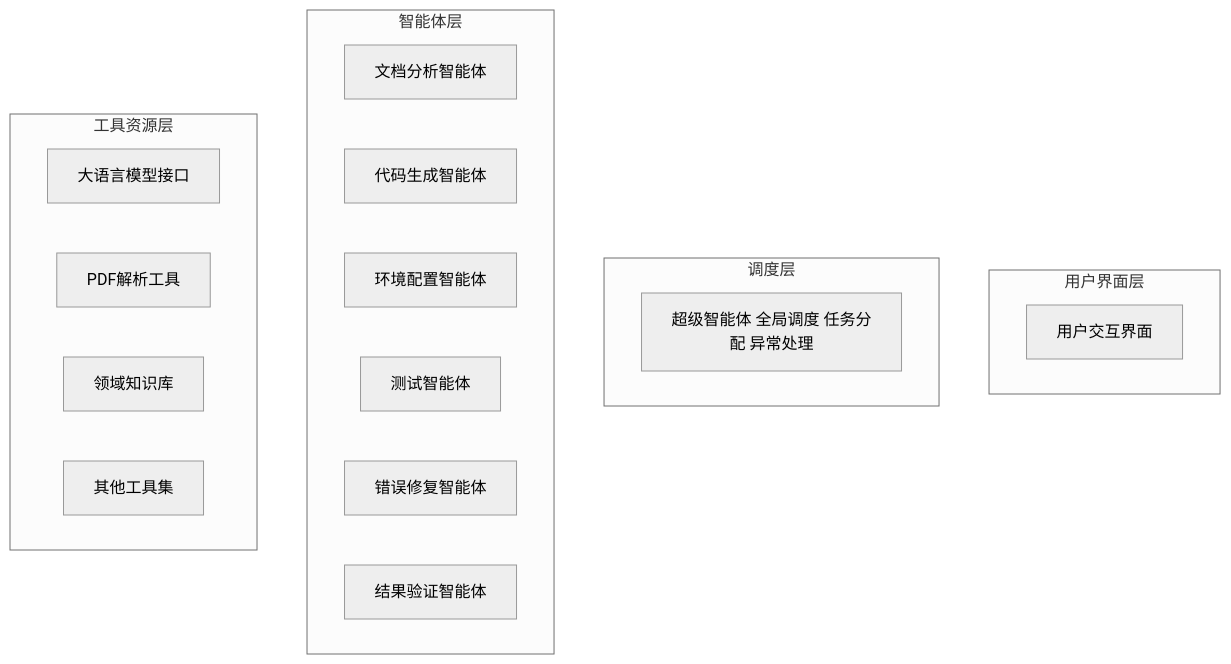
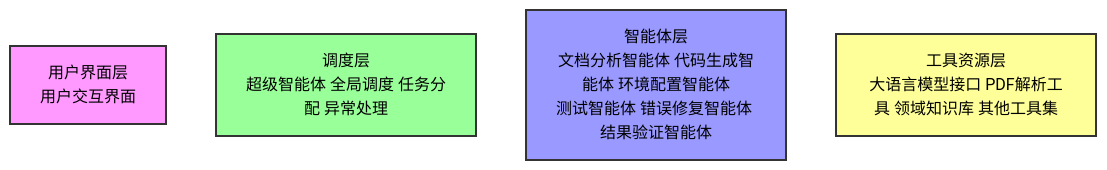
One commit to hongshixian/MultiAgentPaperCoder changed the second of 5 diagrams in 项目设计Document毕业论文参考.md. Above: the diagram before and after it, drawn with Mermaid (neutral theme).

Commit message:
fix: adjust architecture diagram to guaranteed vertical layout
- Remove subgraphs entirely to avoid layout misinterpretation
- Use explicit graph TD (top-down) layout with simple node structure
- Each layer is a single node clearly showing hierarchy
- Vertical arrangement is now enforced and will not render horizontally

````diff
--- a/项目设计Document毕业论文参考.md
+++ b/项目设计Document毕业论文参考.md
@@ -121,26 +121,12 @@
 ```mermaid
-flowchart TD
-    subgraph 用户界面层
-        UI[用户交互界面]
-    end
+graph TD
+    A[用户界面层<br/>用户交互界面]
+    B[调度层<br/>超级智能体 全局调度 任务分配 异常处理]
+    C[智能体层<br/>文档分析智能体 代码生成智能体 环境配置智能体<br/>测试智能体 错误修复智能体 结果验证智能体]
+    D[工具资源层<br/>大语言模型接口 PDF解析工具 领域知识库 其他工具集]
     
-    subgraph 调度层
-        SA[超级智能体 全局调度 任务分配 异常处理]
-    end
-    
-    subgraph 智能体层
-        DA[文档分析智能体]
-        CG[代码生成智能体]
-        EC[环境配置智能体]
-        CT[测试智能体]
-        BF[错误修复智能体]
-        RV[结果验证智能体]
-    end
-    
-    subgraph 工具资源层
-        LLM[大语言模型接口]
-        PDF[PDF解析工具]
-        KB[领域知识库]
-        TOOLS[其他工具集]
-    end
+    style A fill:#f9f,stroke:#333,stroke-width:2px
+    style B fill:#9f9,stroke:#333,stroke-width:2px
+    style C fill:#99f,stroke:#333,stroke-width:2px
+    style D fill:#ff9,stroke:#333,stroke-width:2px
 ```
````
